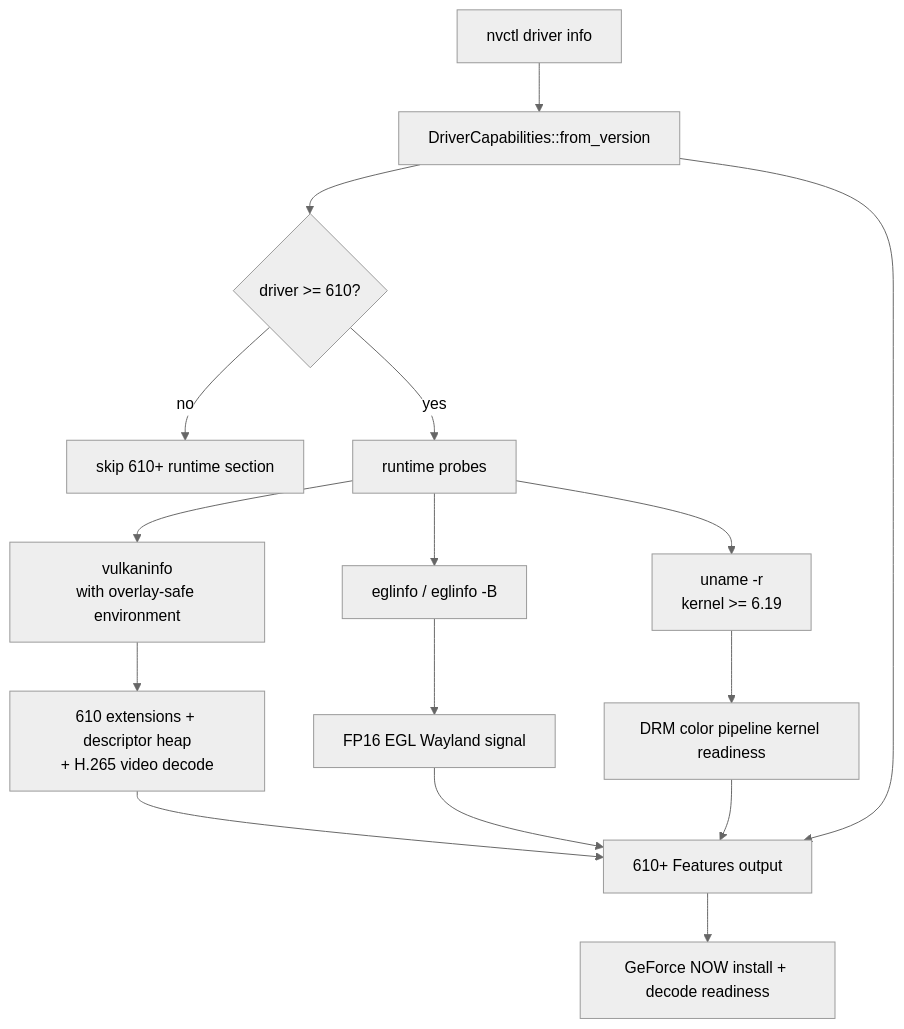
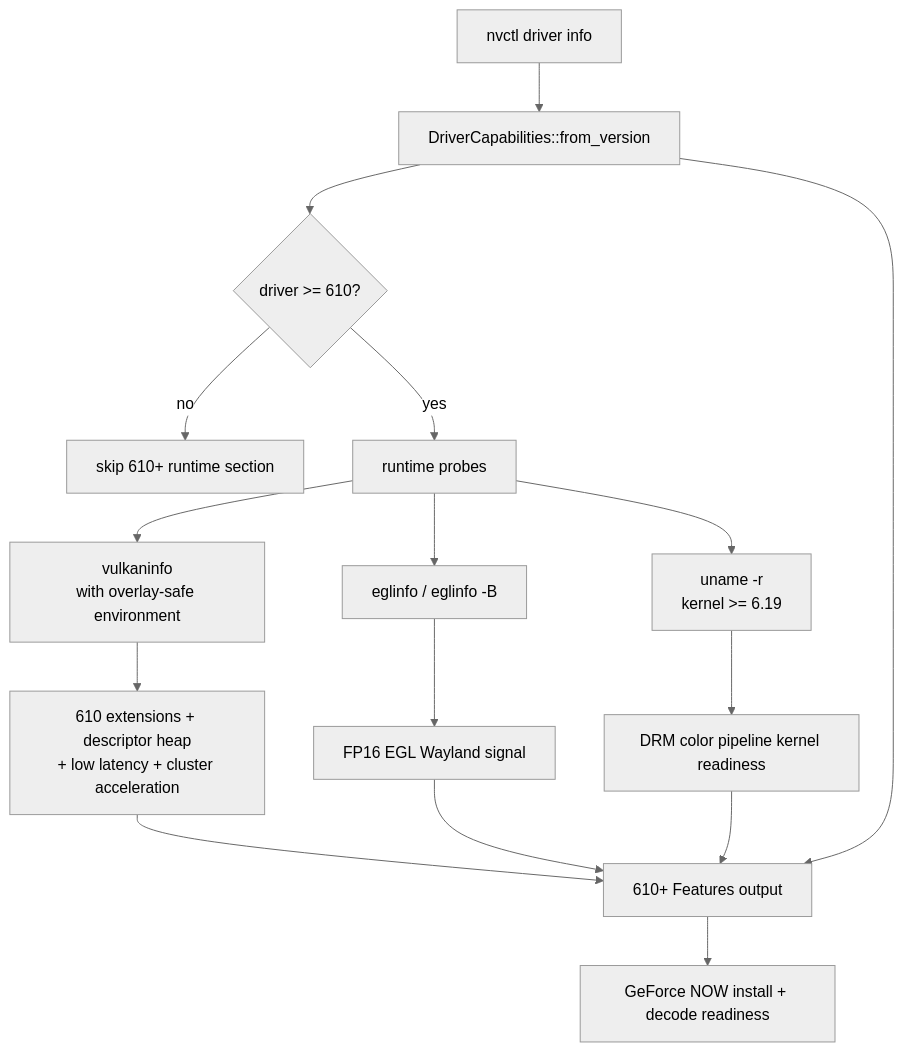
One commit to GhostKellz/nvcontrol changed the second of 7 diagrams in docs/internals/runtime-flows.md. Above: the diagram before and after it, drawn with Mermaid (neutral theme). The commit also changed other lines of this file and 78 other files, not shown here.

````diff
--- a/docs/internals/runtime-flows.md
+++ b/docs/internals/runtime-flows.md
@@ -51,21 +51,21 @@
 ```mermaid
 flowchart TD
     info["nvctl driver info"] --> version["DriverCapabilities::from_version"]
     version --> gate{"driver >= 610?"}
     gate -->|no| legacy["skip 610+ runtime section"]
     gate -->|yes| probes["runtime probes"]
 
     probes --> vulkan["vulkaninfo\nwith overlay-safe environment"]
     probes --> egl["eglinfo / eglinfo -B"]
     probes --> kernel["uname -r\nkernel >= 6.19"]
 
-    vulkan --> vkext["610 extensions + descriptor heap\n+ H.265 video decode"]
+    vulkan --> vkext["610 extensions + descriptor heap\n+ low latency + cluster acceleration"]
     egl --> fp16["FP16 EGL Wayland signal"]
     kernel --> drm["DRM color pipeline kernel readiness"]
 
     vkext --> output["610+ Features output"]
     fp16 --> output
     drm --> output
     version --> output
     output --> gfn["GeForce NOW install + decode readiness"]
 ```
````
